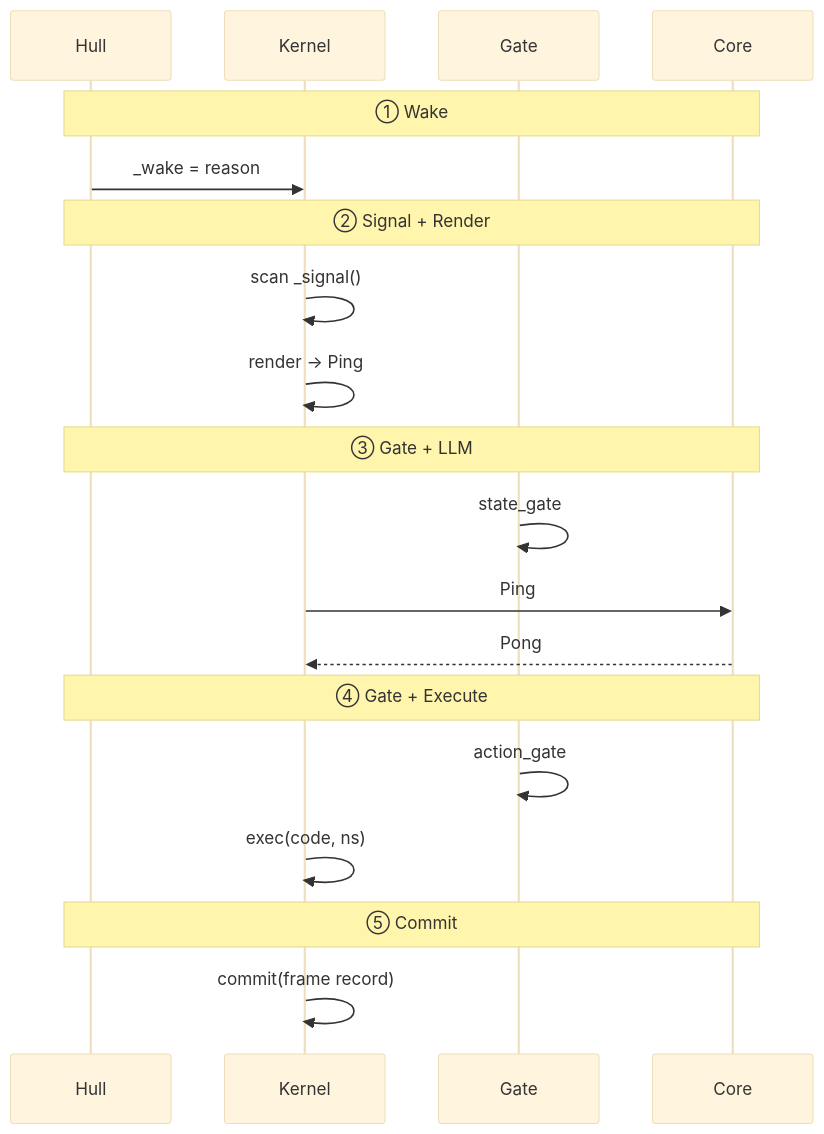
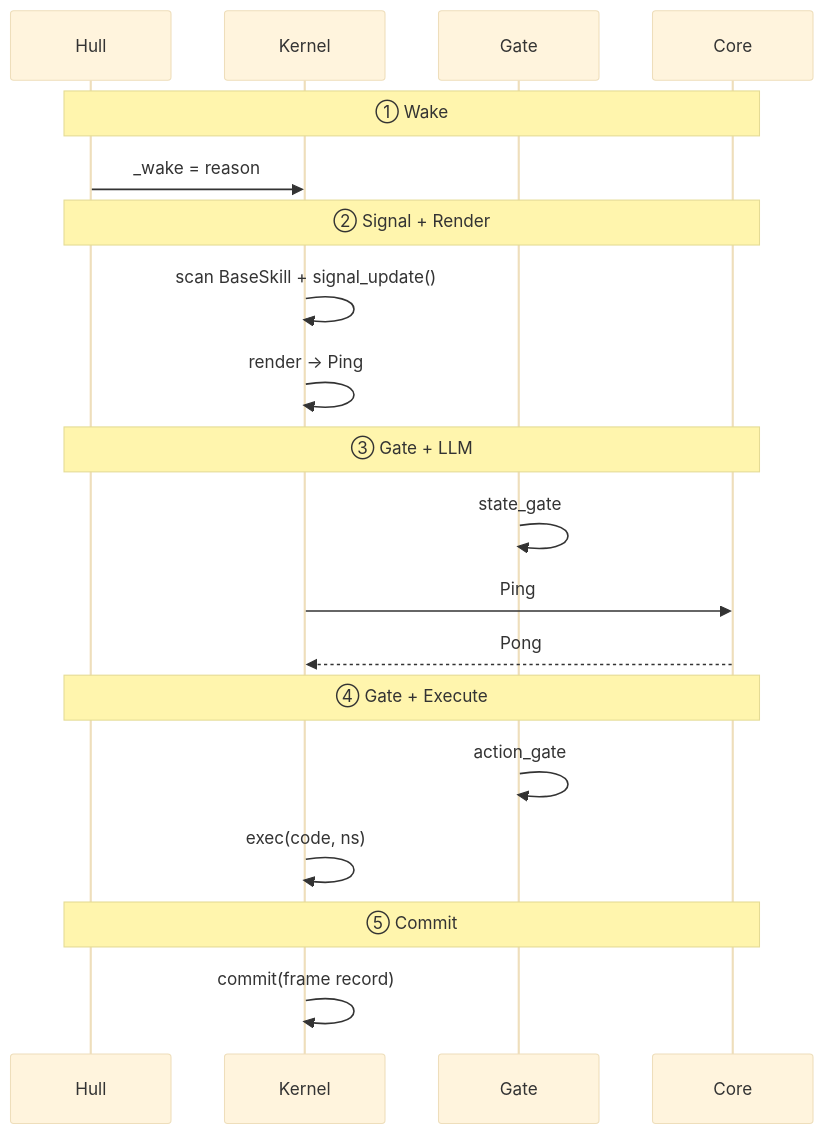
Before and after one commit to vessal-ai/vessal: the third of 6 diagrams in references/whitepaper/04-frame.md, drawn with Mermaid (base theme). The commit also changed other lines of this file and 10 other files, not shown here.

````diff
--- a/references/whitepaper/04-frame.md
+++ b/references/whitepaper/04-frame.md
@@ -79,26 +79,26 @@
 ```mermaid
 sequenceDiagram
     participant H as Hull
     participant K as Kernel
     participant G as Gate
     participant C as Core
 
     Note over H,C: ① Wake
     H->>K: _wake = reason
 
     Note over H,C: ② Signal + Render
-    K->>K: scan _signal()
+    K->>K: scan BaseSkill + signal_update()
     K->>K: render → Ping
 
     Note over H,C: ③ Gate + LLM
     G->>G: state_gate
     K->>C: Ping
     C-->>K: Pong
 
     Note over H,C: ④ Gate + Execute
     G->>G: action_gate
     K->>K: exec(code, ns)
 
     Note over H,C: ⑤ Commit
     K->>K: commit(frame record)
 ```
````
